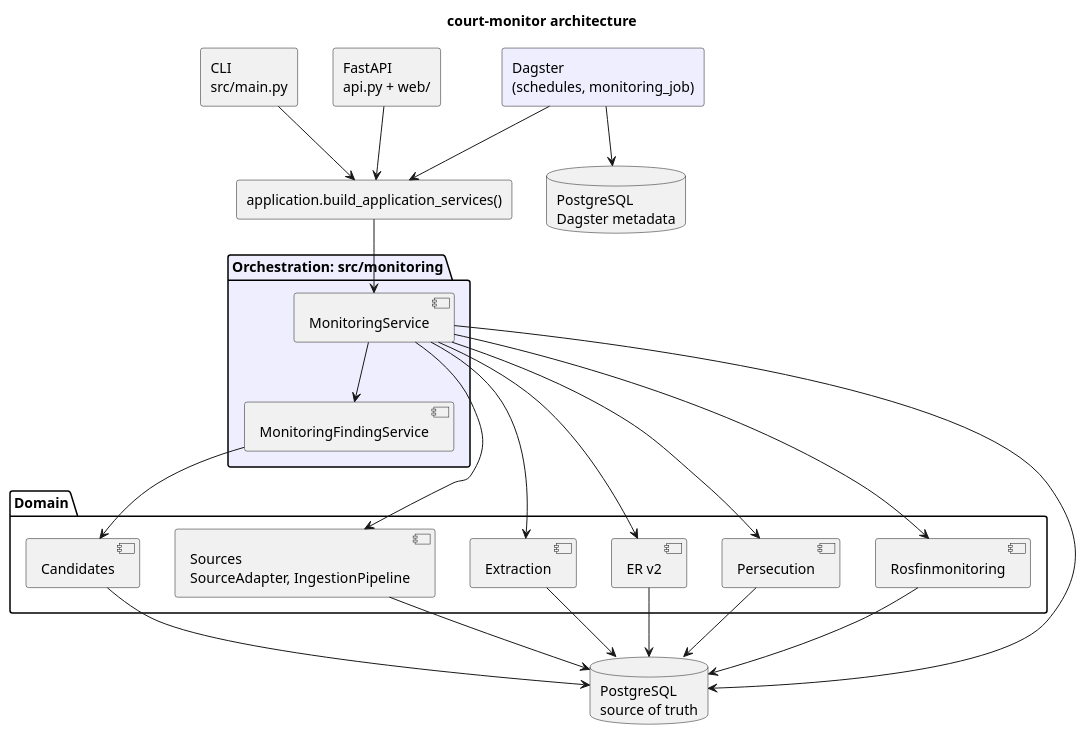
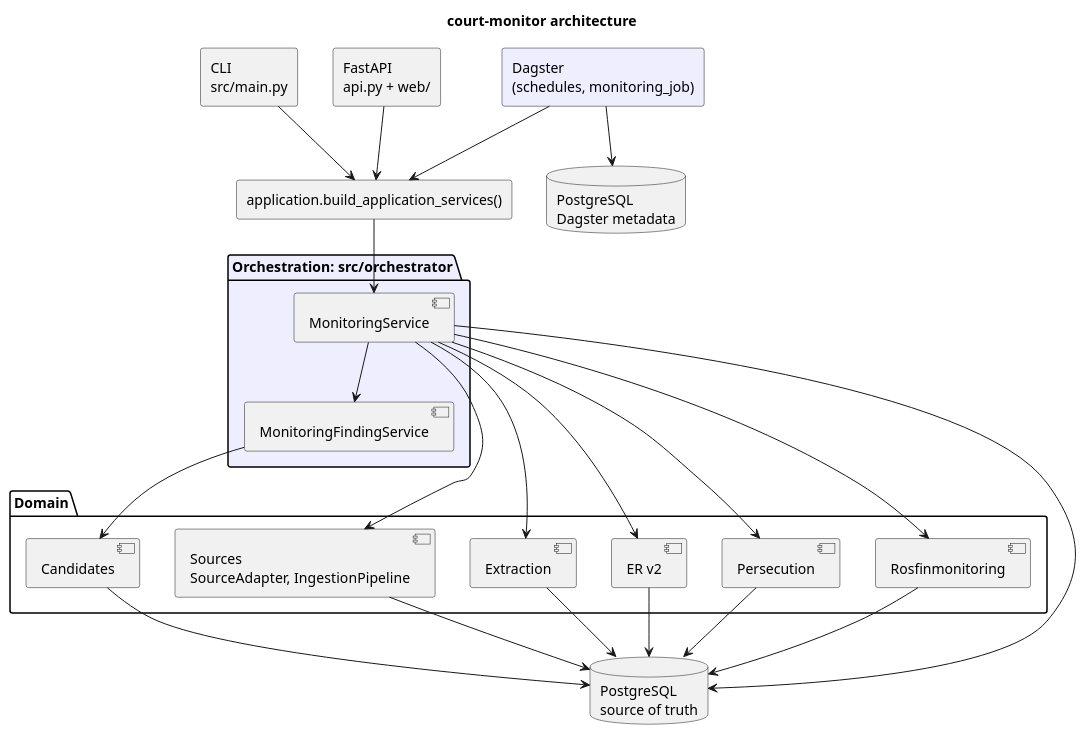
The diagram in docs/wiki/Architecture.md (megannnn98/court-monitor), drawn with PlantUML before and after one commit. The commit also changed other lines of this file and 16 other files, not shown here.

First line of the commit message:
docs: record the modular architecture and the investigation layer

````diff
--- a/docs/wiki/Architecture.md
+++ b/docs/wiki/Architecture.md
@@ -29,49 +33,49 @@
 ```plantuml
 @startuml
 title court-monitor architecture
 
 rectangle "Dagster\n(schedules, monitoring_job)" as Dagster #EEF
 rectangle "CLI\nsrc/main.py" as CLI
 rectangle "FastAPI\napi.py + web/" as API
 
 rectangle "application.build_application_services()" as Root
 
-package "Orchestration: src/monitoring" #EEF {
+package "Orchestration: src/orchestrator" #EEF {
   component "MonitoringService" as Monitoring
   component "MonitoringFindingService" as Findings
 }
 
 package "Domain" {
   component "Sources\nSourceAdapter, IngestionPipeline" as Sources
   component "Extraction" as Extraction
   component "ER v2" as ER
   component "Persecution" as Persecution
   component "Rosfinmonitoring" as Rosfin
   component "Candidates" as Candidates
 }
 
 database "PostgreSQL\nsource of truth" as PG
 database "PostgreSQL\nDagster metadata" as DagsterDB
 
 Dagster --> Root
 CLI --> Root
 API --> Root
 Root --> Monitoring
 Monitoring --> Sources
 Monitoring --> Extraction
 Monitoring --> ER
 Monitoring --> Persecution
 Monitoring --> Rosfin
 Monitoring --> Findings
 Findings --> Candidates
 
 Sources --> PG
 Extraction --> PG
 ER --> PG
 Persecution --> PG
 Rosfin --> PG
 Candidates --> PG
 Monitoring --> PG
 Dagster --> DagsterDB
 @enduml
 ```
````
